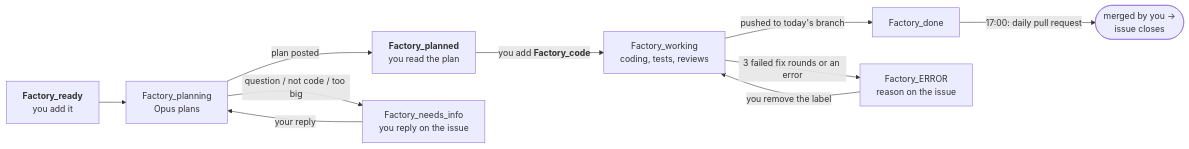
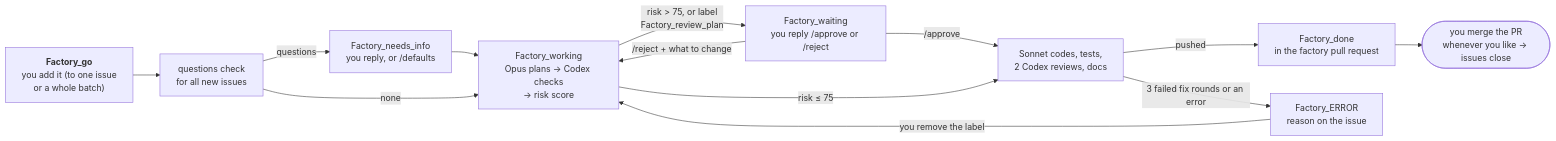
One commit to MeloMar-IT/claude-factory changed the diagram in docs/USER_GUIDE.md. Above: the diagram before and after it, drawn with Mermaid. The commit also changed other lines of this file and 16 other files, not shown here.

Commit message:
One-label pipeline: questions up front, plan+code in one run with a risk gate (>75 needs a human), rolling factory PR with a daily report, self-restart on new builds

````diff
--- a/docs/USER_GUIDE.md
+++ b/docs/USER_GUIDE.md
@@ -343,12 +344,15 @@
 ```mermaid
 flowchart LR
-    R["<b>Factory_ready</b><br/>you add it"] --> P["Factory_planning<br/>Opus plans"]
-    P -->|plan posted| PL["<b>Factory_planned</b><br/>you read the plan"]
-    P -->|question / not code / too big| NI["Factory_needs_info<br/>you reply on the issue"]
-    NI -->|your reply| P
-    PL -->|"you add <b>Factory_code</b>"| W["Factory_working<br/>coding, tests, reviews"]
-    W -->|pushed to today's branch| D["Factory_done"]
-    W -->|3 failed fix rounds or an error| E["Factory_ERROR<br/>reason on the issue"]
+    G["<b>Factory_go</b><br/>you add it (to one issue<br/>or a whole batch)"] --> Q["questions check<br/>for all new issues"]
+    Q -->|questions| NI["Factory_needs_info<br/>you reply, or /defaults"]
+    NI --> W
+    Q -->|none| W["Factory_working<br/>Opus plans → Codex checks<br/>→ risk score"]
+    W -->|"risk > 75, or label<br/>Factory_review_plan"| A["Factory_waiting<br/>you reply /approve or /reject"]
+    A -->|/approve| C
+    A -->|/reject + what to change| W
+    W -->|risk ≤ 75| C["Sonnet codes, tests,<br/>2 Codex reviews, docs"]
+    C -->|pushed| D["Factory_done<br/>in the factory pull request"]
+    C -->|3 failed fix rounds or an error| E["Factory_ERROR<br/>reason on the issue"]
     E -->|you remove the label| W
-    D -->|17:00: daily pull request| M(["merged by you →<br/>issue closes"])
+    D --> M(["you merge the PR<br/>whenever you like → issues close"])
 ```
````
